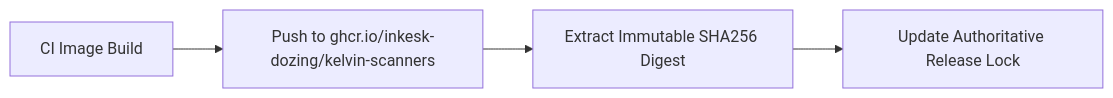
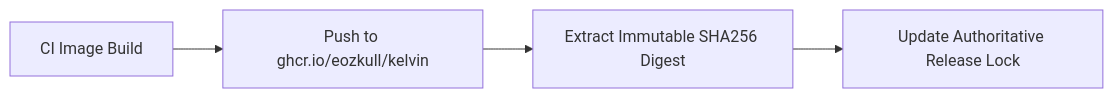
The diagram in .github/issues/scanner-execution/EXEC-012_PUBLISH_SCANNER_IMAGES_TO_GHCR.md (eOzkahq/Kelvin), drawn with Mermaid before and after one commit. The commit also changed 12 other files, not shown here.

````diff
--- a/.github/issues/scanner-execution/EXEC-012_PUBLISH_SCANNER_IMAGES_TO_GHCR.md
+++ b/.github/issues/scanner-execution/EXEC-012_PUBLISH_SCANNER_IMAGES_TO_GHCR.md
@@ -29,6 +29,6 @@
 ```mermaid
 flowchart LR
-    Build["CI Image Build"] --> Push["Push to ghcr.io/inkesk-dozing/kelvin-scanners"]
+    Build["CI Image Build"] --> Push["Push to ghcr.io/eozkull/kelvin"]
     Push --> Digest["Extract Immutable SHA256 Digest"]
     Digest --> Lock["Update Authoritative Release Lock"]
 ```
````
